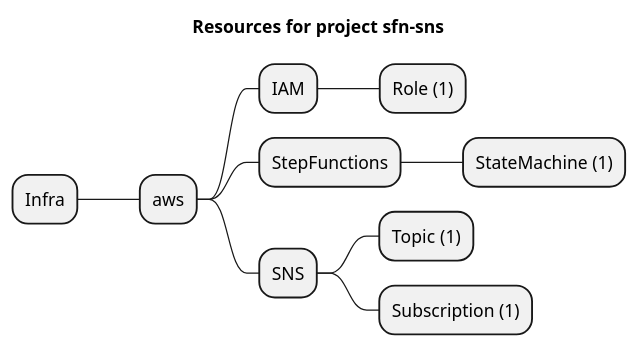
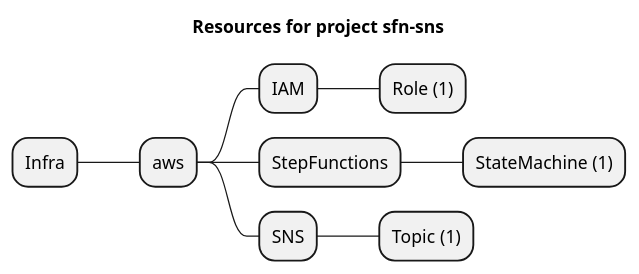
Before and after one commit to grucloud/grucloud: the diagram in examples/aws/serverless-patterns/sfn-sns/artifacts/resources-mindmap.puml, drawn with PlantUML. The commit also changed 31 other files, not shown here.

```diff
--- a/examples/aws/serverless-patterns/sfn-sns/artifacts/resources-mindmap.puml
+++ b/examples/aws/serverless-patterns/sfn-sns/artifacts/resources-mindmap.puml
@@ -1,13 +1,12 @@
 @startmindmap
 title Resources for project sfn-sns
 skinparam monochrome true
 + Infra
 ++ aws
 +++ IAM
 ++++ Role (1)
 +++ StepFunctions
 ++++ StateMachine (1)
 +++ SNS
 ++++ Topic (1)
-++++ Subscription (1)
 @endmindmap
```
